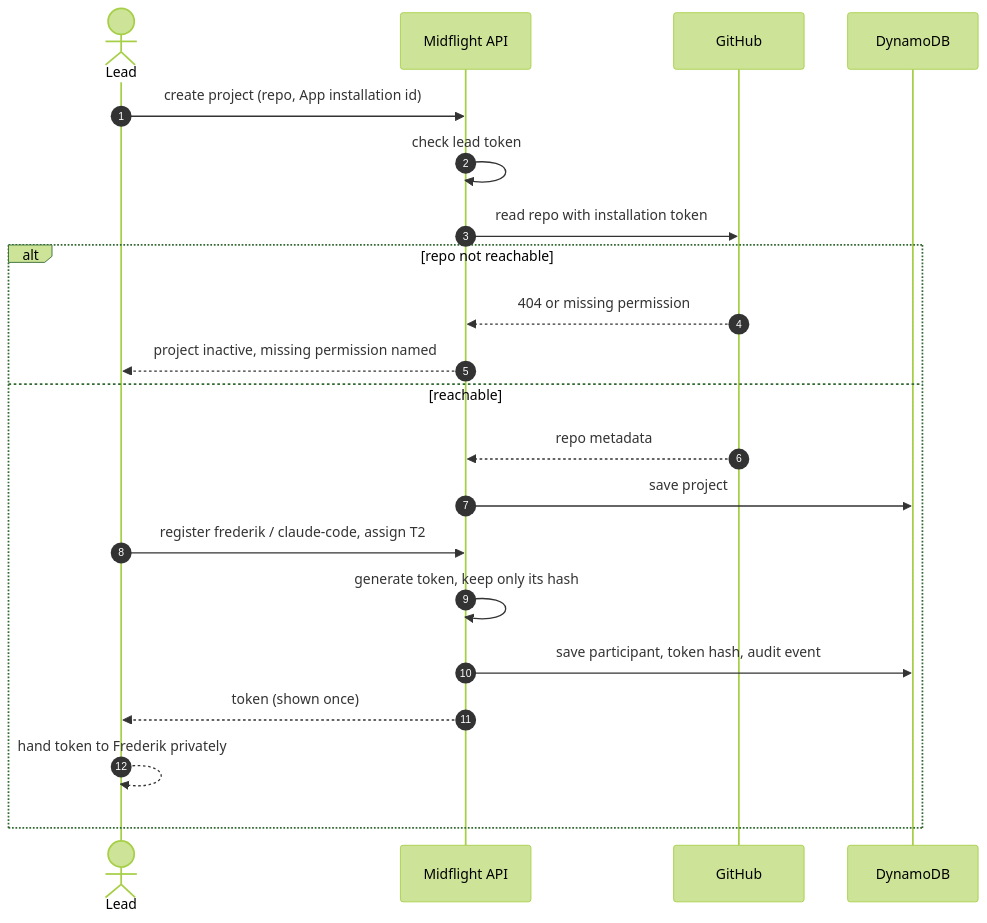
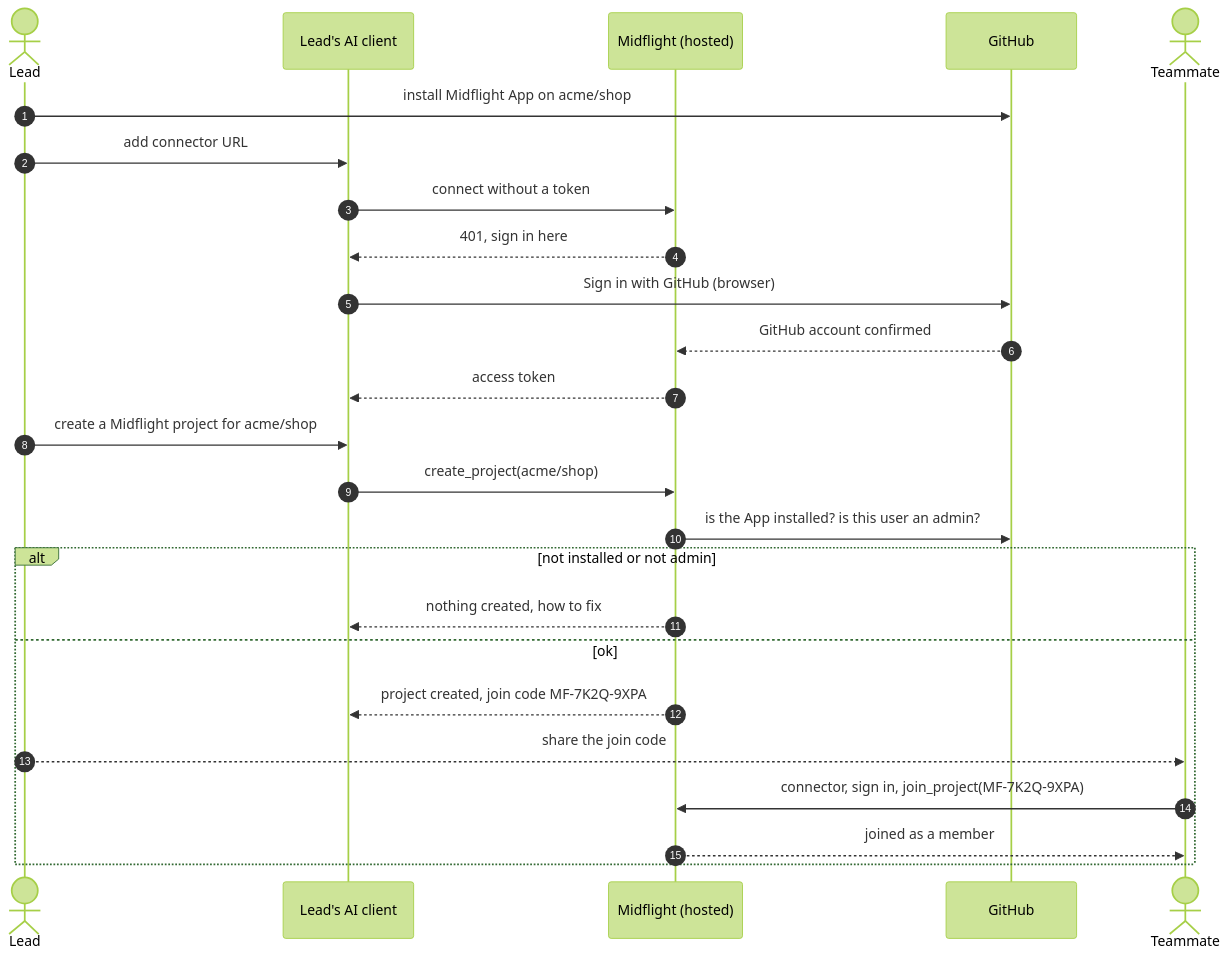
The second of 17 diagrams in docs/use-cases.md (MidFlightt/MidFlight), drawn with Mermaid (forest theme) before and after one commit. The commit also changed other lines of this file and 10 other files, not shown here.

First line of the commit message:
docs: plan v0.2, Midflight as a hosted connector (D16-D20)

````diff
--- a/docs/use-cases.md
+++ b/docs/use-cases.md
@@ -155,23 +166,27 @@
 ```mermaid
 sequenceDiagram
     autonumber
     actor L as Lead
-    participant API as Midflight API
+    participant C as Lead's AI client
+    participant M as Midflight (hosted)
     participant GH as GitHub
-    participant DB as DynamoDB
-    L->>API: create project (repo, App installation id)
-    API->>API: check lead token
-    API->>GH: read repo with installation token
-    alt repo not reachable
-        GH-->>API: 404 or missing permission
-        API-->>L: project inactive, missing permission named
-    else reachable
-        GH-->>API: repo metadata
-        API->>DB: save project
-        L->>API: register frederik / claude-code, assign T2
-        API->>API: generate token, keep only its hash
-        API->>DB: save participant, token hash, audit event
-        API-->>L: token (shown once)
-        L-->>L: hand token to Frederik privately
+    actor T as Teammate
+    L->>GH: install Midflight App on acme/shop
+    L->>C: add connector URL
+    C->>M: connect without a token
+    M-->>C: 401, sign in here
+    C->>GH: Sign in with GitHub (browser)
+    GH-->>M: GitHub account confirmed
+    M-->>C: access token
+    L->>C: create a Midflight project for acme/shop
+    C->>M: create_project(acme/shop)
+    M->>GH: is the App installed? is this user an admin?
+    alt not installed or not admin
+        M-->>C: nothing created, how to fix
+    else ok
+        M-->>C: project created, join code MF-7K2Q-9XPA
+        L-->>T: share the join code
+        T->>M: connector, sign in, join_project(MF-7K2Q-9XPA)
+        M-->>T: joined as a member
     end
 ```
````
